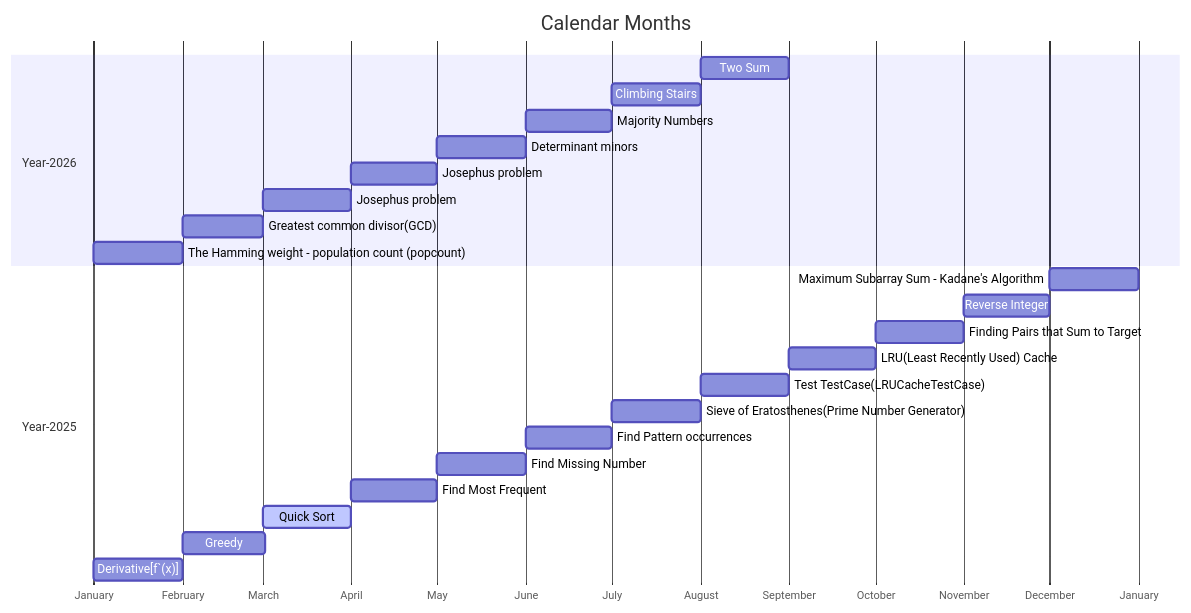
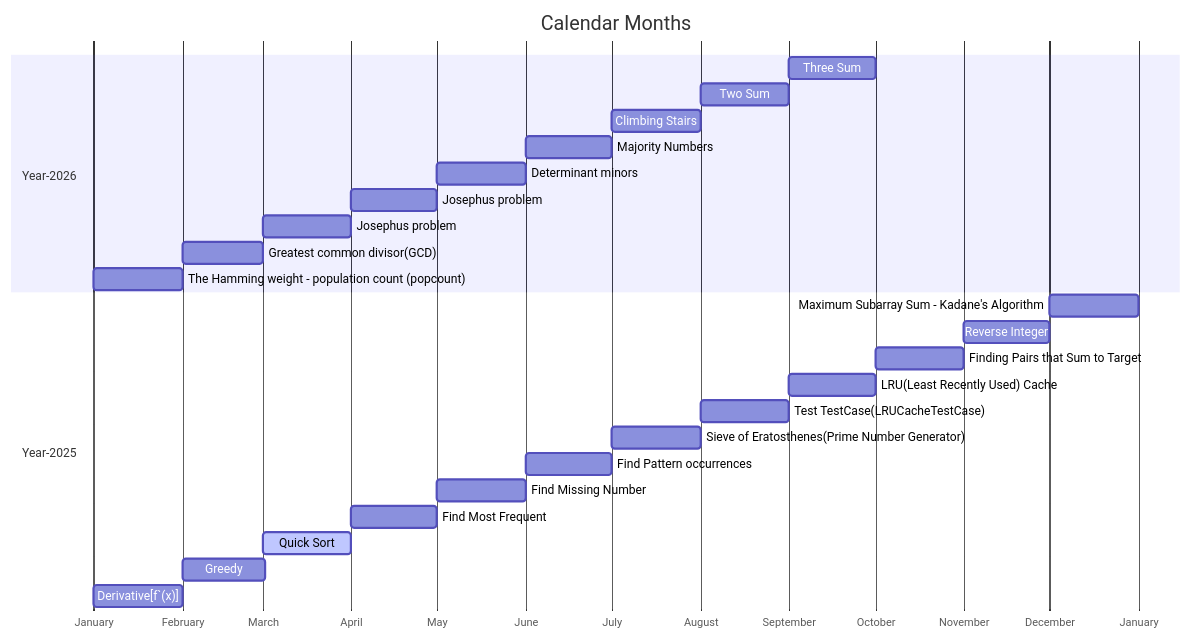
Before and after one commit to softtiny/docs.calendar: the diagram in src/calendar.md, drawn with Mermaid. The commit also changed 2 other files, not shown here.

````diff
--- a/src/calendar.md
+++ b/src/calendar.md
@@ -2,29 +2,30 @@
 ```mermaid
 
 gantt
     title Calendar Months
     dateFormat MM-DD
     axisFormat %B
     section Year-2026
+        Three Sum: 09-01, 30d
         Two Sum: 08-01, 31d
         Climbing Stairs: 07-01, 31d
         Majority Numbers: 06-01, 30d
         Determinant minors: 05-01, 31d
         Josephus problem: 04-01, 30d
         Josephus problem: 03-01, 31d
         Greatest common divisor(GCD): 02-01, 28d
         The Hamming weight - population count (popcount): 01-01, 31d
     section Year-2025
         Maximum Subarray Sum - Kadane's Algorithm:12-01, 31d
         Reverse Integer:11-01, 30d
         Finding Pairs that Sum to Target :10-01, 31d
         LRU(Least Recently Used) Cache :09-01, 30d
         Test TestCase(LRUCacheTestCase) :08-01, 31d
         Sieve of Eratosthenes(Prime Number Generator)    :07-01, 31d
         Find Pattern occurrences :06-01, 30d
         Find Missing Number :05-01, 31d
         Find Most Frequent :04-01, 30d
         Quick Sort      :active, 03-01, 31d
         Greedy          :02-01, 29d
         Derivative[f`(x)]          :01-01, 31d
 ```
````
